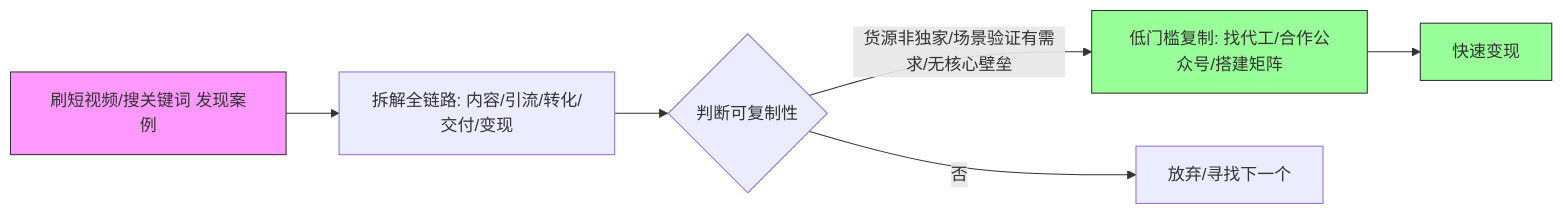
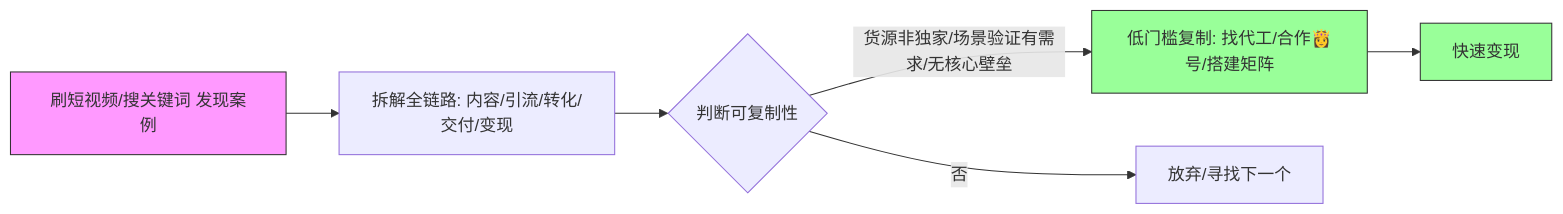
Before and after one commit to OpenDocCN1/flygon-zhuanqian-zhoubao: the second of 16 diagrams in docs/202301-02_paper2textbook/asset/body_fix_9a12315db85a04120e6072819f15ff5a_bf97a180004e762c60765b4530116e7b_45fa2e670b68258bfc2bb79fec30ac32_e291d8d091b5c24c424f5338a7253da4.md, drawn with Mermaid. The commit also changed other lines of this file and 6688 other files, not shown here.

````diff
--- a/docs/202301-02_paper2textbook/asset/body_fix_9a12315db85a04120e6072819f15ff5a_bf97a180004e762c60765b4530116e7b_45fa2e670b68258bfc2bb79fec30ac32_e291d8d091b5c24c424f5338a7253da4.md
+++ b/docs/202301-02_paper2textbook/asset/body_fix_9a12315db85a04120e6072819f15ff5a_bf97a180004e762c60765b4530116e7b_45fa2e670b68258bfc2bb79fec30ac32_e291d8d091b5c24c424f5338a7253da4.md
@@ -242,11 +242,11 @@
 ```mermaid
 graph LR
     A[刷短视频/搜关键词 发现案例] --> B[拆解全链路: 内容/引流/转化/交付/变现]
     B --> C{判断可复制性}
-    C -- 货源非独家/场景验证有需求/无核心壁垒 --> D[低门槛复制: 找代工/合作公众号/搭建矩阵]
+    C -- 货源非独家/场景验证有需求/无核心壁垒 --> D[低门槛复制: 找代工/合作👸号/搭建矩阵]
     C -- 否 --> E[放弃/寻找下一个]
     D --> F[快速变现]
     style A fill:#f9f,stroke:#333
     style D fill:#9f9,stroke:#333
     style F fill:#9f9,stroke:#333
 ```
````
